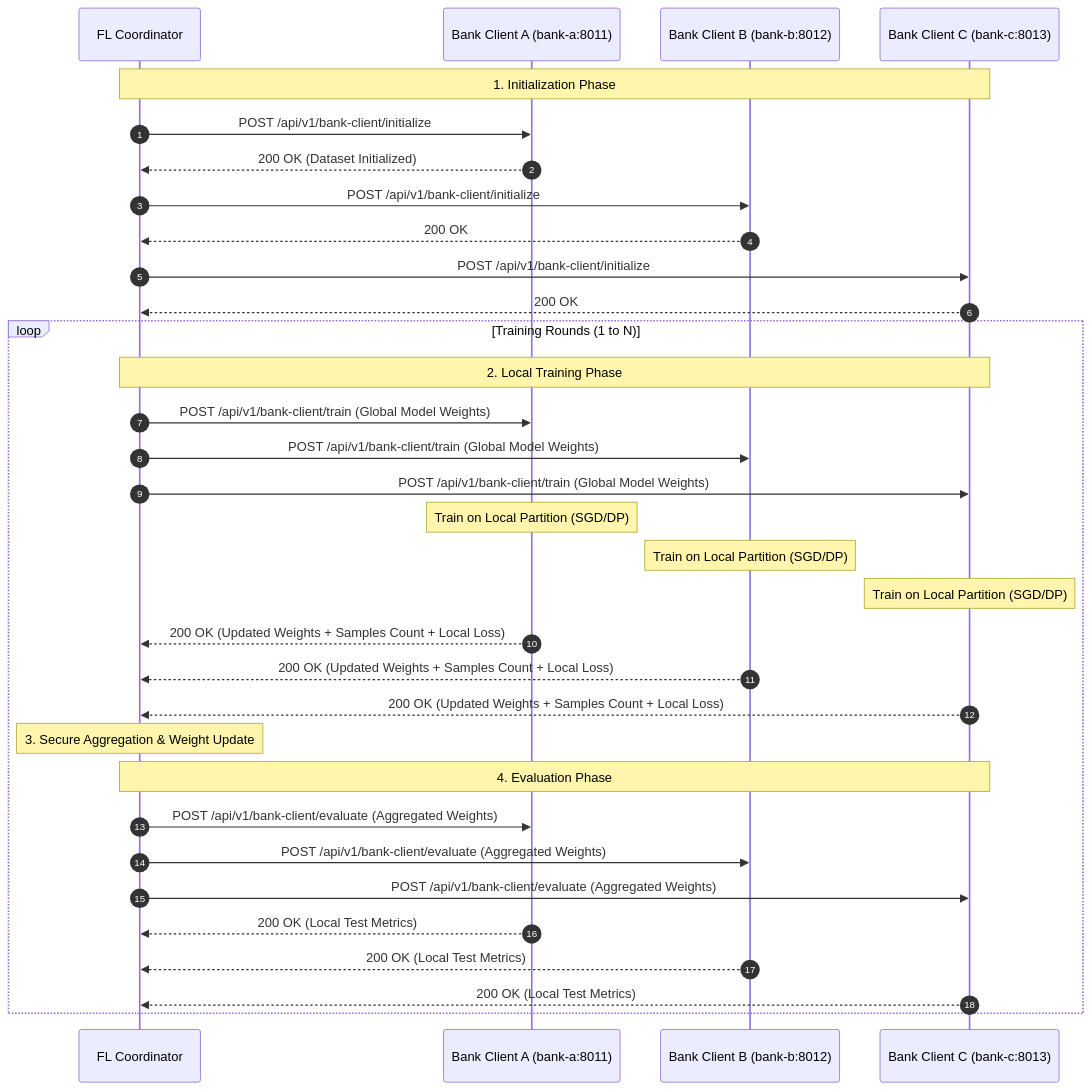
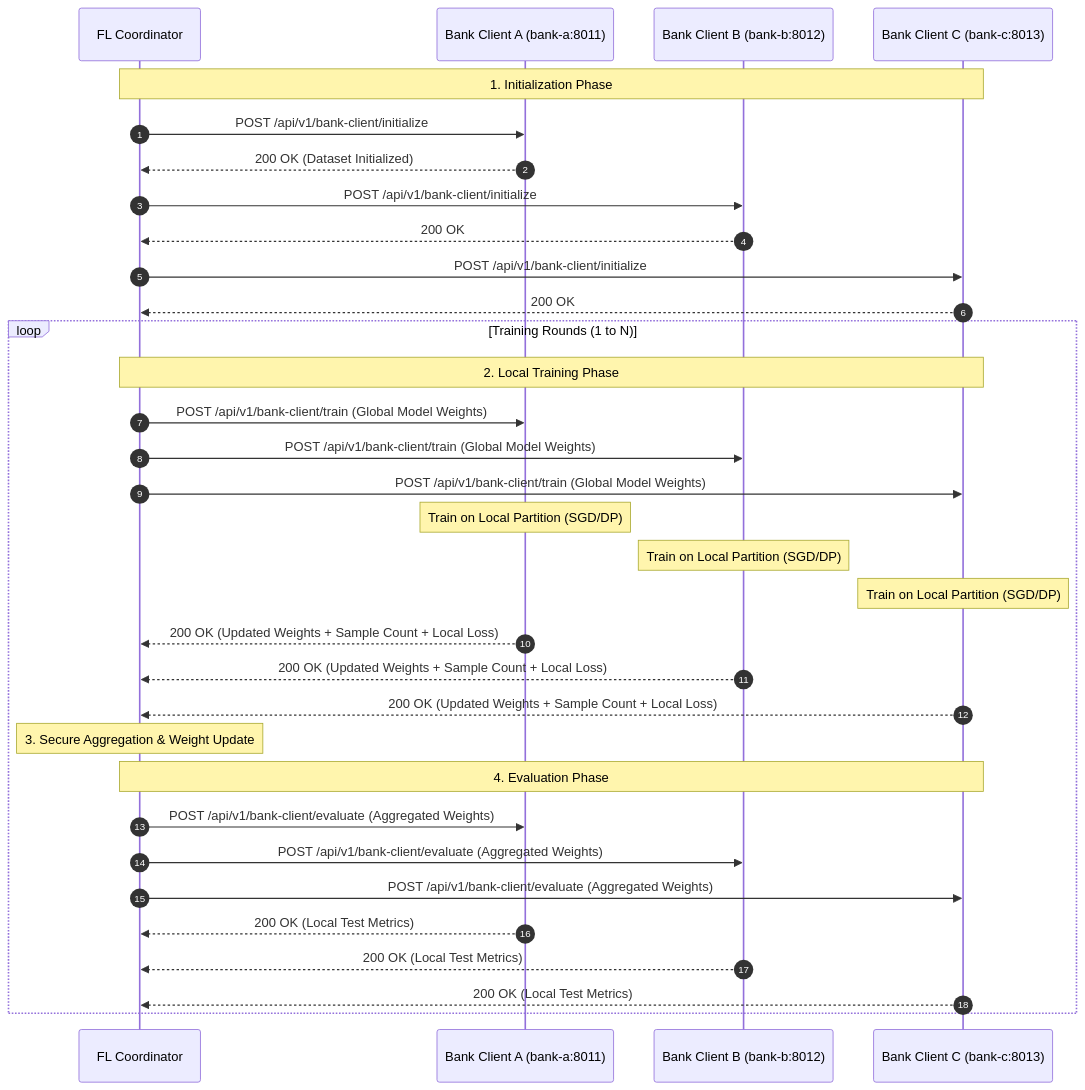
The second of 8 diagrams in docs/architecture-phase2.md (yusufcalisir/CF-Intelligence), drawn with Mermaid before and after one commit. The commit also changed other lines of this file, not shown here.

Commit message:
Synchronize Phase 2 AML platform architecture specification with active services and test parity

````diff
--- a/docs/architecture-phase2.md
+++ b/docs/architecture-phase2.md
@@ -145,42 +209,42 @@
 ```mermaid
 sequenceDiagram
     autonumber
     participant Coord as FL Coordinator
     participant BA as Bank Client A (bank-a:8011)
     participant BB as Bank Client B (bank-b:8012)
     participant BC as Bank Client C (bank-c:8013)
 
     Note over Coord, BC: 1. Initialization Phase
     Coord->>BA: POST /api/v1/bank-client/initialize
     BA-->>Coord: 200 OK (Dataset Initialized)
     Coord->>BB: POST /api/v1/bank-client/initialize
     BB-->>Coord: 200 OK
     Coord->>BC: POST /api/v1/bank-client/initialize
     BC-->>Coord: 200 OK
 
     loop Training Rounds (1 to N)
         Note over Coord, BC: 2. Local Training Phase
         Coord->>BA: POST /api/v1/bank-client/train (Global Model Weights)
         Coord->>BB: POST /api/v1/bank-client/train (Global Model Weights)
         Coord->>BC: POST /api/v1/bank-client/train (Global Model Weights)
         
         Note over BA: Train on Local Partition (SGD/DP)
         Note over BB: Train on Local Partition (SGD/DP)
         Note over BC: Train on Local Partition (SGD/DP)
 
-        BA-->>Coord: 200 OK (Updated Weights + Samples Count + Local Loss)
-        BB-->>Coord: 200 OK (Updated Weights + Samples Count + Local Loss)
-        BC-->>Coord: 200 OK (Updated Weights + Samples Count + Local Loss)
+        BA-->>Coord: 200 OK (Updated Weights + Sample Count + Local Loss)
+        BB-->>Coord: 200 OK (Updated Weights + Sample Count + Local Loss)
+        BC-->>Coord: 200 OK (Updated Weights + Sample Count + Local Loss)
 
         Note over Coord: 3. Secure Aggregation & Weight Update
 
         Note over Coord, BC: 4. Evaluation Phase
         Coord->>BA: POST /api/v1/bank-client/evaluate (Aggregated Weights)
         Coord->>BB: POST /api/v1/bank-client/evaluate (Aggregated Weights)
         Coord->>BC: POST /api/v1/bank-client/evaluate (Aggregated Weights)
 
         BA-->>Coord: 200 OK (Local Test Metrics)
         BB-->>Coord: 200 OK (Local Test Metrics)
         BC-->>Coord: 200 OK (Local Test Metrics)
     end
 ```
````
